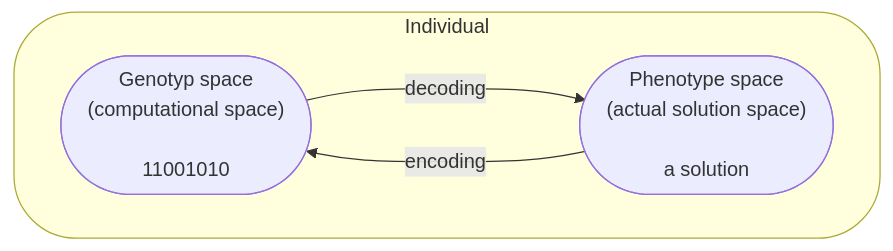
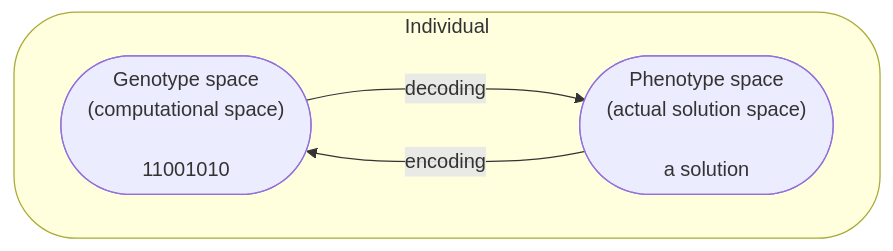
One commit to kodhiline/lecture-notes changed the first of 2 diagrams in content/notes/fi4002/ga/ga-short-intro.md. Above: the diagram before and after it, drawn with Mermaid. The commit also changed other lines of this file, not shown here.

Commit message:
update flowchart, pause, mittagessen

```diff
--- a/content/notes/fi4002/ga/ga-short-intro.md
+++ b/content/notes/fi4002/ga/ga-short-intro.md
@@ -122,11 +179,11 @@
 {{< mermaid >}}
 flowchart
   subgraph I["Individual"]
     direction LR
     G --"decoding"---> F
     F --"encoding"---> G
     F(["Phenotype space<br>(actual solution space)<br><br>a solution"])
-    G(["Genotyp space<br>(computational space)<br><br>11001010"])
+    G(["Genotype space<br>(computational space)<br><br>11001010"])
   end
   style I rx:50, ry:50;
 {{< /mermaid >}}
```
